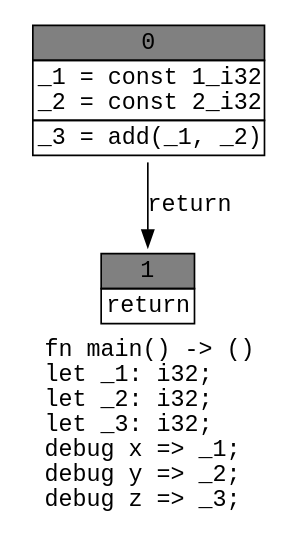
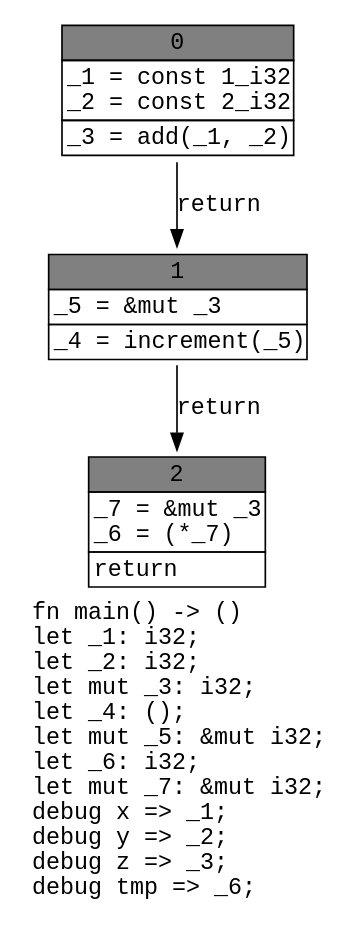
Before and after one commit to Dajamante/ada_rust_programs: the diagram in Rust_to_Ada/ada_adder/output-graph.dot, drawn with Graphviz. The commit also changed 2 other files, not shown here.

```diff
--- a/Rust_to_Ada/ada_adder/output-graph.dot
+++ b/Rust_to_Ada/ada_adder/output-graph.dot
@@ -1,9 +1,11 @@
-digraph Mir_0_5 {
+digraph Mir_0_7 {
     graph [fontname="Courier, monospace"];
     node [fontname="Courier, monospace"];
     edge [fontname="Courier, monospace"];
-    label=<fn main() -&gt; ()<br align="left"/>let _1: i32;<br align="left"/>let _2: i32;<br align="left"/>let _3: i32;<br align="left"/>debug x =&gt; _1;<br align="left"/>debug y =&gt; _2;<br align="left"/>debug z =&gt; _3;<br align="left"/>>;
-    bb0__0_5 [shape="none", label=<<table border="0" cellborder="1" cellspacing="0"><tr><td bgcolor="gray" align="center" colspan="1">0</td></tr><tr><td align="left" balign="left">_1 = const 1_i32<br/>_2 = const 2_i32<br/></td></tr><tr><td align="left">_3 = add(_1, _2)</td></tr></table>>];
-    bb1__0_5 [shape="none", label=<<table border="0" cellborder="1" cellspacing="0"><tr><td bgcolor="gray" align="center" colspan="1">1</td></tr><tr><td align="left">return</td></tr></table>>];
-    bb0__0_5 -> bb1__0_5 [label="return"];
+    label=<fn main() -&gt; ()<br align="left"/>let _1: i32;<br align="left"/>let _2: i32;<br align="left"/>let mut _3: i32;<br align="left"/>let _4: ();<br align="left"/>let mut _5: &amp;mut i32;<br align="left"/>let _6: i32;<br align="left"/>let mut _7: &amp;mut i32;<br align="left"/>debug x =&gt; _1;<br align="left"/>debug y =&gt; _2;<br align="left"/>debug z =&gt; _3;<br align="left"/>debug tmp =&gt; _6;<br align="left"/>>;
+    bb0__0_7 [shape="none", label=<<table border="0" cellborder="1" cellspacing="0"><tr><td bgcolor="gray" align="center" colspan="1">0</td></tr><tr><td align="left" balign="left">_1 = const 1_i32<br/>_2 = const 2_i32<br/></td></tr><tr><td align="left">_3 = add(_1, _2)</td></tr></table>>];
+    bb1__0_7 [shape="none", label=<<table border="0" cellborder="1" cellspacing="0"><tr><td bgcolor="gray" align="center" colspan="1">1</td></tr><tr><td align="left" balign="left">_5 = &amp;mut _3<br/></td></tr><tr><td align="left">_4 = increment(_5)</td></tr></table>>];
+    bb2__0_7 [shape="none", label=<<table border="0" cellborder="1" cellspacing="0"><tr><td bgcolor="gray" align="center" colspan="1">2</td></tr><tr><td align="left" balign="left">_7 = &amp;mut _3<br/>_6 = (*_7)<br/></td></tr><tr><td align="left">return</td></tr></table>>];
+    bb0__0_7 -> bb1__0_7 [label="return"];
+    bb1__0_7 -> bb2__0_7 [label="return"];
 }
```
